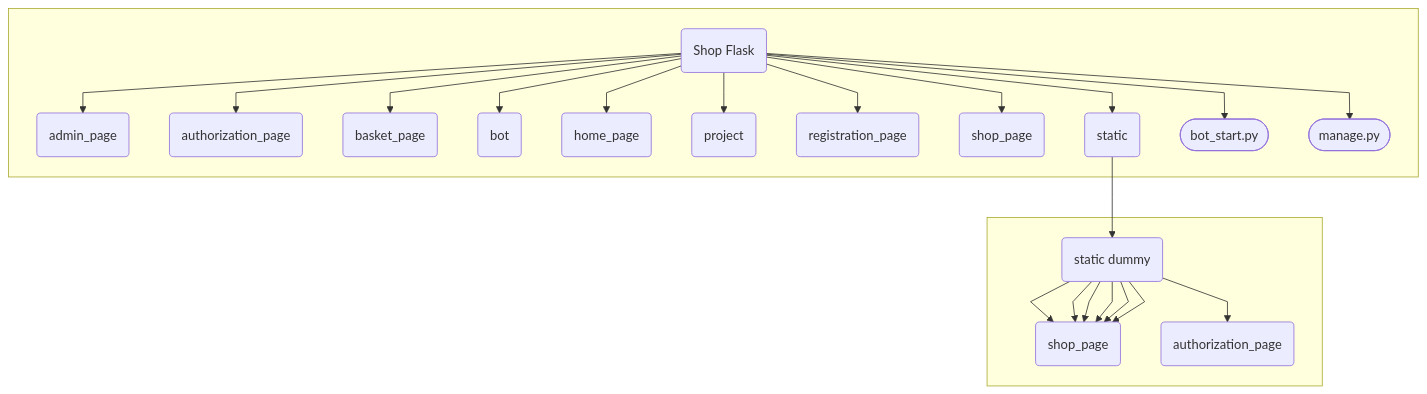
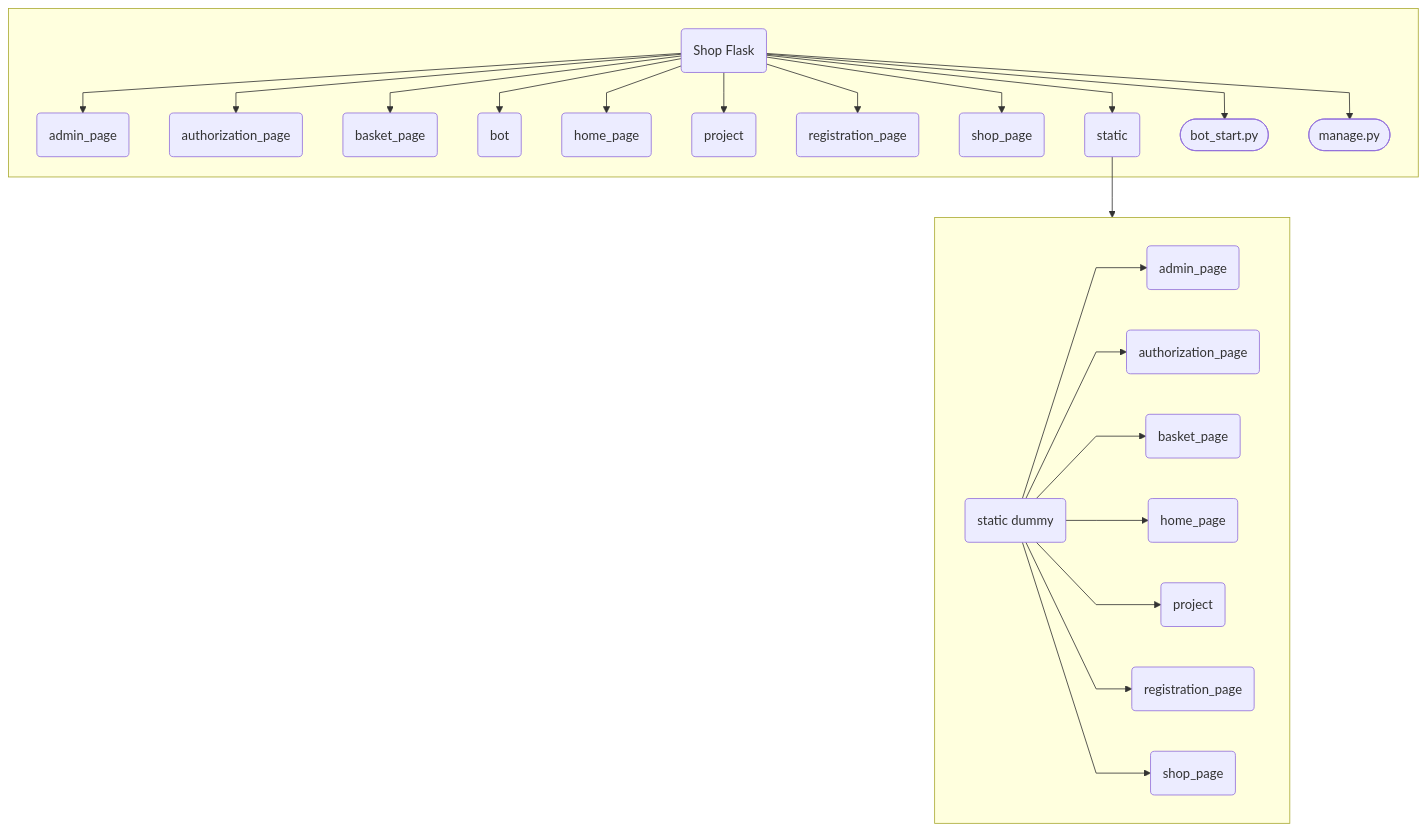
One commit to TereshonokMaksim/Shop-Flask changed the diagram in README.md. Above: the diagram before and after it, drawn with Mermaid.

Commit message:
test 6 fix

````diff
--- a/README.md
+++ b/README.md
@@ -176,31 +176,32 @@
 ```mermaid
 %%{ init : { "theme" : "default", "flowchart" : { "curve" : "linear" } }}%%
 
 flowchart TD
 
 subgraph YA[" "]
     A(Shop Flask) --> L(admin_page)
     A(Shop Flask) --> K(authorization_page)
     A(Shop Flask) --> J(basket_page)
     A(Shop Flask) --> I(bot)
     A(Shop Flask) --> H(home_page)
     A(Shop Flask) --> G(project)
     A(Shop Flask) --> F(registration_page)
     A(Shop Flask) --> E(shop_page)
     A(Shop Flask) --> D(static)
     A(Shop Flask) --> C([bot_start.py])
     A(Shop Flask) --> B([manage.py])
 end
 
 subgraph YB[" "]
+direction LR
     DA(static dummy):::hidden --> DB(admin_page)
     DA(static dummy):::hidden --> DC(authorization_page)
-    DA(static dummy):::hidden --> DB(basket_page)
-    DA(static dummy):::hidden --> DB(home_page)
-    DA(static dummy):::hidden --> DB(project)
-    DA(static dummy):::hidden --> DB(registration_page)
-    DA(static dummy):::hidden --> DB(shop_page)
+    DA(static dummy):::hidden --> DD(basket_page)
+    DA(static dummy):::hidden --> DE(home_page)
+    DA(static dummy):::hidden --> DF(project)
+    DA(static dummy):::hidden --> DG(registration_page)
+    DA(static dummy):::hidden --> DH(shop_page)
 end
 
 D --> DA
 ```
````
